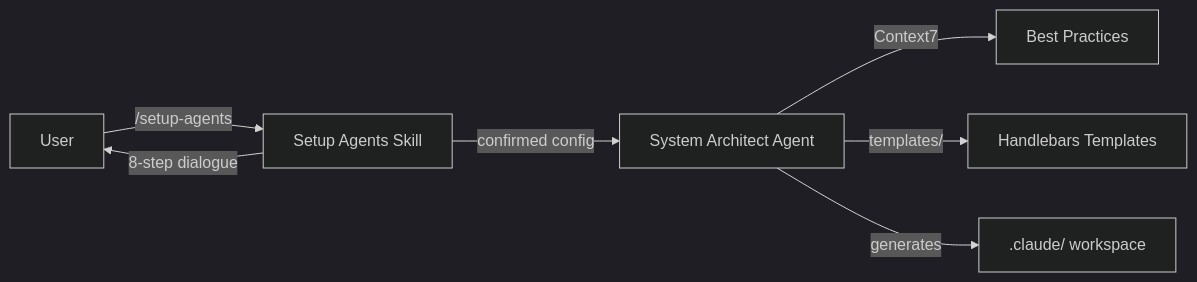
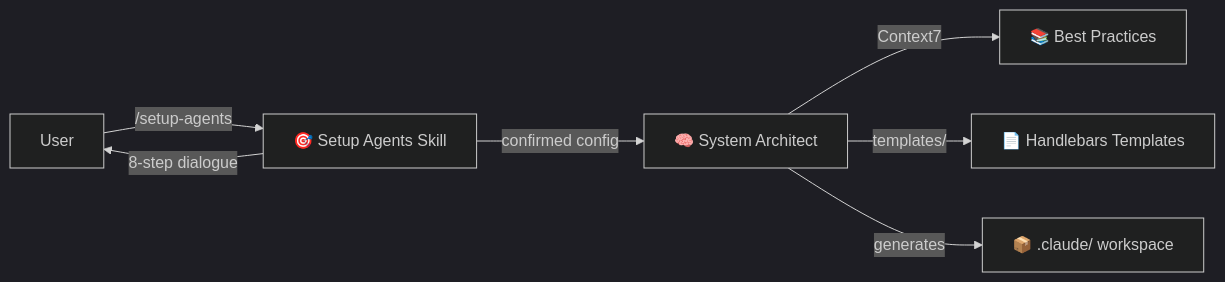
One commit to nikita-voloshyn/forgeline changed the first of 2 diagrams in README.md. Above: the diagram before and after it, drawn with Mermaid (dark theme). The commit also changed other lines of this file, not shown here.

First line of the commit message:
docs: redesign README with visual layout, diagrams, and before/after comparison

````diff
--- a/README.md
+++ b/README.md
@@ -29,9 +71,9 @@
 ```mermaid
 flowchart LR
-    User -->|/setup-agents| Skill[Setup Agents Skill]
+    User -->|/setup-agents| Skill[🎯 Setup Agents Skill]
     Skill -->|8-step dialogue| User
-    Skill -->|confirmed config| Agent[System Architect Agent]
-    Agent -->|Context7| C7[Best Practices]
-    Agent -->|templates/| Templates[Handlebars Templates]
-    Agent -->|generates| Output[.claude/ workspace]
+    Skill -->|confirmed config| Agent[🧠 System Architect]
+    Agent -->|Context7| C7[📚 Best Practices]
+    Agent -->|templates/| T[📄 Handlebars Templates]
+    Agent -->|generates| Output[📦 .claude/ workspace]
 ```
````
